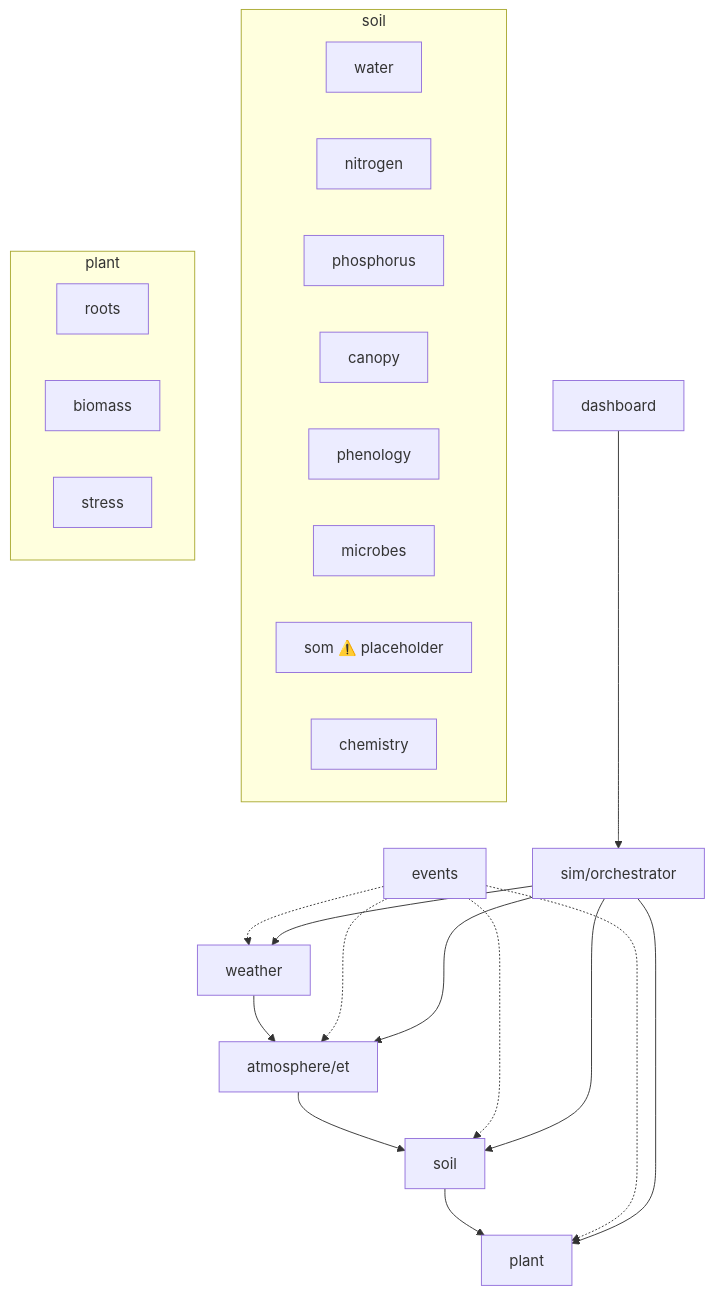
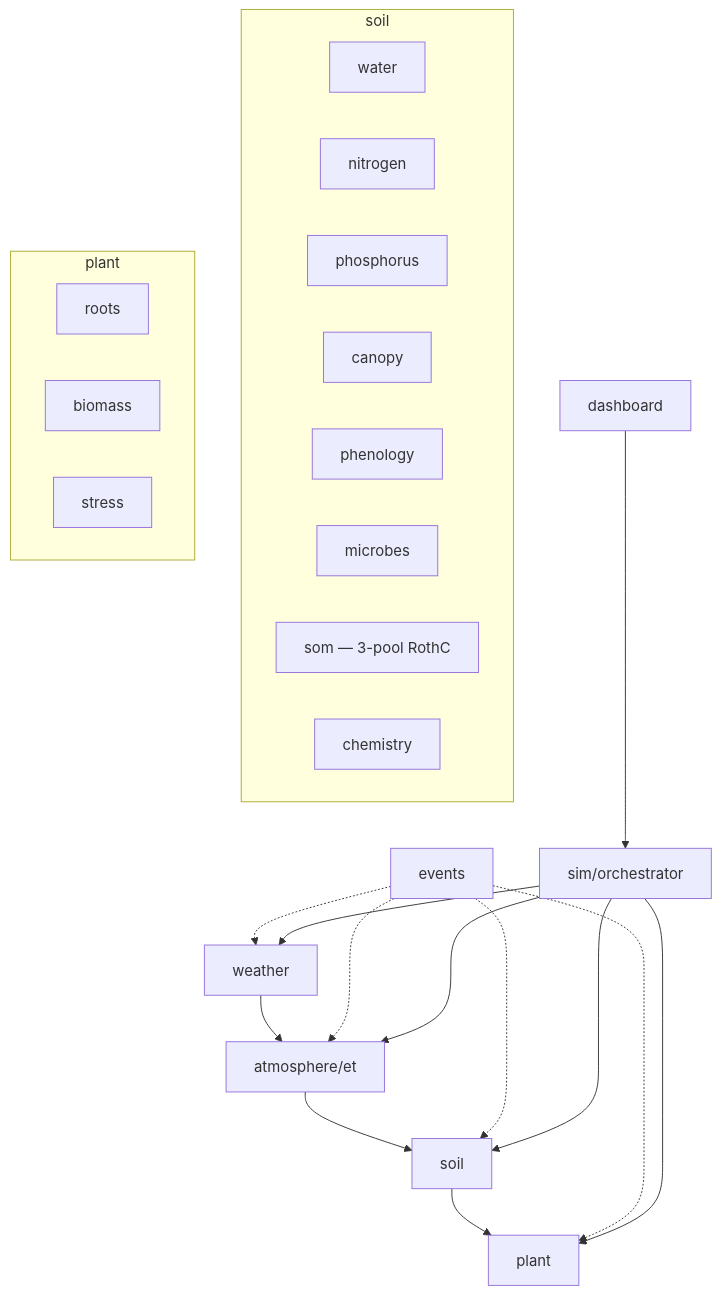
Before and after one commit to gedejong/agrogame: the diagram in docs/architecture/overview.md, drawn with Mermaid. The commit also changed other lines of this file and 1 other file, not shown here.

Commit message:
fix(AGRO-103): address PR review — ValueError, update arch docs
- Replace assert with raise ValueError for SOM mass-balance check
  (per CLAUDE.md: assertions for internal invariants only)
- Update docs/architecture/overview.md: SOM is now "3-pool RothC"
  instead of "placeholder"

````diff
--- a/docs/architecture/overview.md
+++ b/docs/architecture/overview.md
@@ -7,32 +7,32 @@
 ```mermaid
 graph TD
     W[weather] --> A[atmosphere/et]
     A --> S[soil]
     S --> P[plant]
     E[events] -.-> W
     E -.-> A
     E -.-> S
     E -.-> P
     SIM[sim/orchestrator] --> W
     SIM --> A
     SIM --> S
     SIM --> P
     DASH[dashboard] --> SIM
 
     subgraph soil
         S_WATER[water]
         S_NITROGEN[nitrogen]
         S_PHOSPHORUS[phosphorus]
         S_CANOPY[canopy]
         S_PHENOLOGY[phenology]
         S_MICROBES[microbes]
-        S_SOM[som ⚠️ placeholder]
+        S_SOM[som — 3-pool RothC]
         S_CHEMISTRY[chemistry]
     end
 
     subgraph plant
         P_ROOTS[roots]
         P_BIOMASS[biomass]
         P_STRESS[stress]
     end
 ```
````
